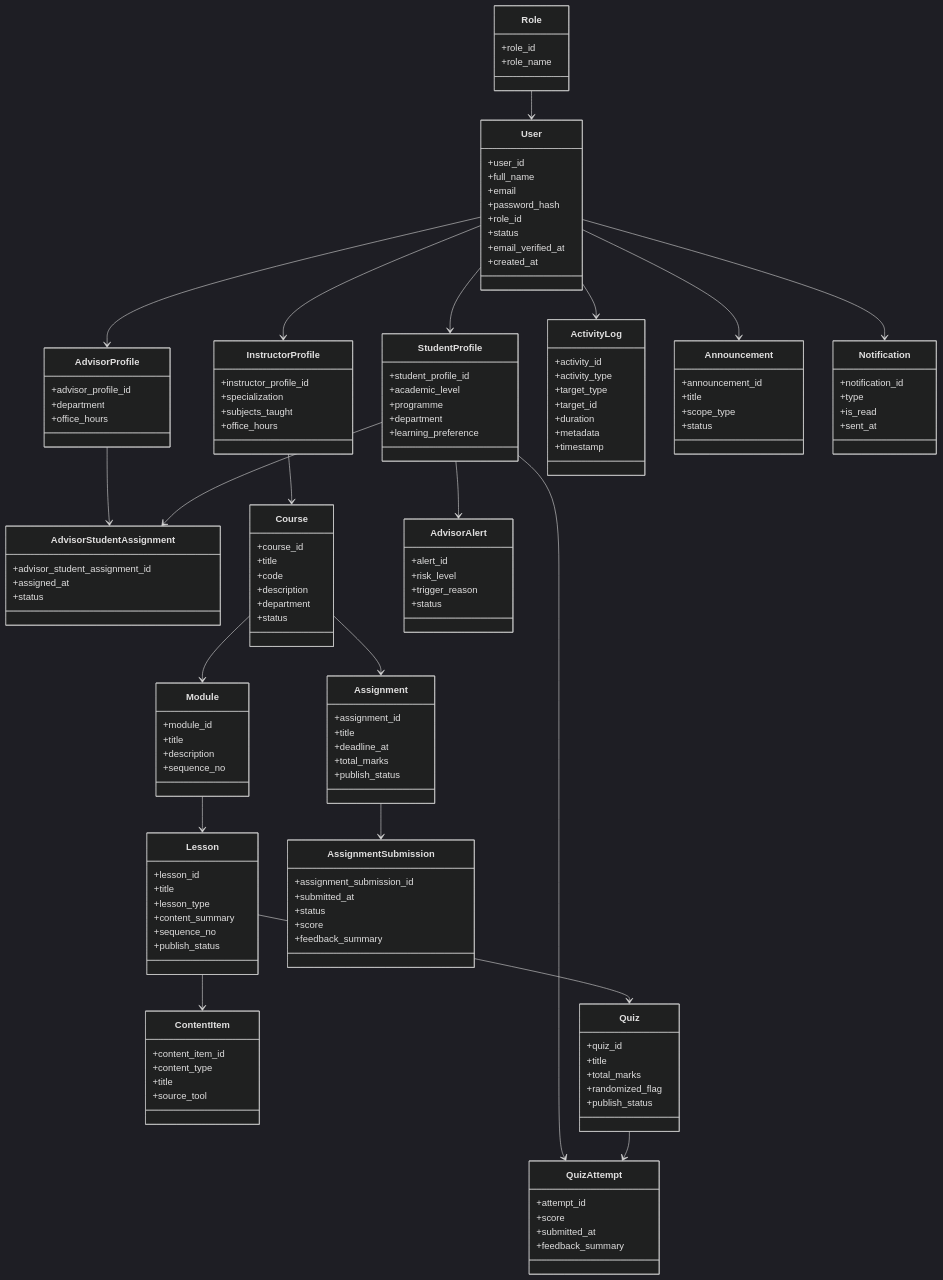
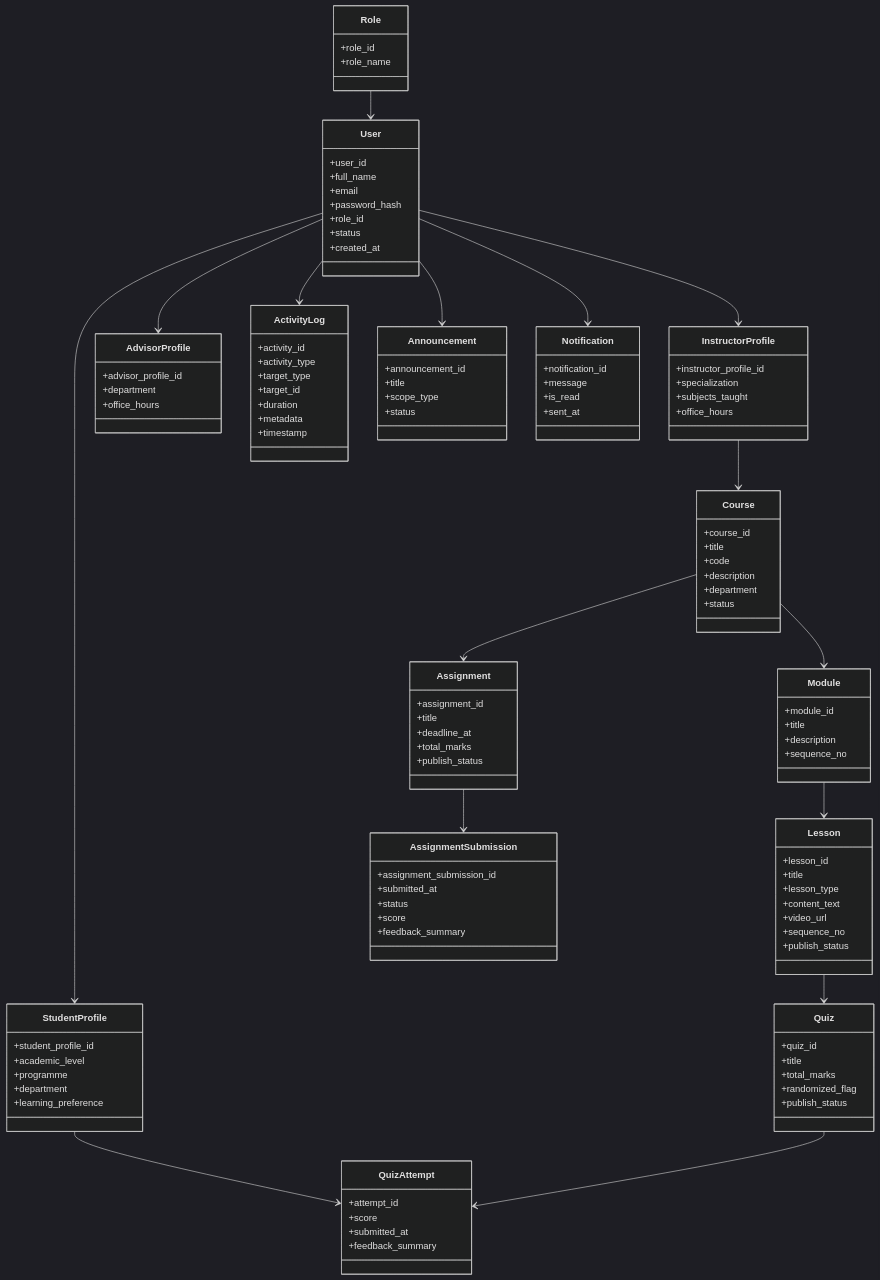
One commit to wingkit123/QuestLearn changed the second of 2 diagrams in part-i/ERD-UML.md. Above: the diagram before and after it, drawn with Mermaid (dark theme). The commit also changed other lines of this file and 9 other files, not shown here.

````diff
--- a/part-i/ERD-UML.md
+++ b/part-i/ERD-UML.md
@@ -309,7 +237,6 @@
       +password_hash
       +role_id
       +status
-      +email_verified_at
       +created_at
     }
 
@@ -339,12 +266,6 @@
       +office_hours
     }
 
-    class AdvisorStudentAssignment {
-      +advisor_student_assignment_id
-      +assigned_at
-      +status
-    }
-
     class Course {
       +course_id
       +title
@@ -365,16 +286,10 @@
       +lesson_id
       +title
       +lesson_type
-      +content_summary
+      +content_text
+      +video_url
       +sequence_no
       +publish_status
-    }
-
-    class ContentItem {
-      +content_item_id
-      +content_type
-      +title
-      +source_tool
     }
 
     class Quiz {
@@ -418,13 +333,6 @@
       +timestamp
     }
 
-    class AdvisorAlert {
-      +alert_id
-      +risk_level
-      +trigger_reason
-      +status
-    }
-
     class Announcement {
       +announcement_id
       +title
@@ -434,7 +342,7 @@
 
     class Notification {
       +notification_id
-      +type
+      +message
       +is_read
       +sent_at
     }
@@ -443,19 +351,15 @@
     User --> StudentProfile
     User --> InstructorProfile
     User --> AdvisorProfile
-    AdvisorProfile --> AdvisorStudentAssignment
-    StudentProfile --> AdvisorStudentAssignment
     InstructorProfile --> Course
     Course --> Module
     Module --> Lesson
-    Lesson --> ContentItem
     Lesson --> Quiz
     Course --> Assignment
     Assignment --> AssignmentSubmission
     StudentProfile --> QuizAttempt
     Quiz --> QuizAttempt
     User --> ActivityLog
-    StudentProfile --> AdvisorAlert
     User --> Announcement
     User --> Notification
 ```
````
